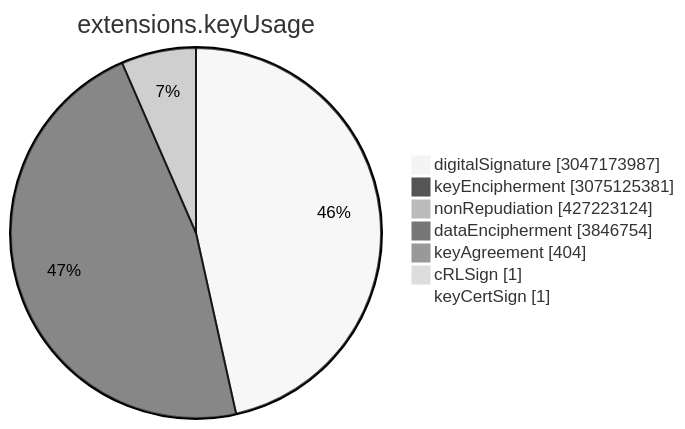
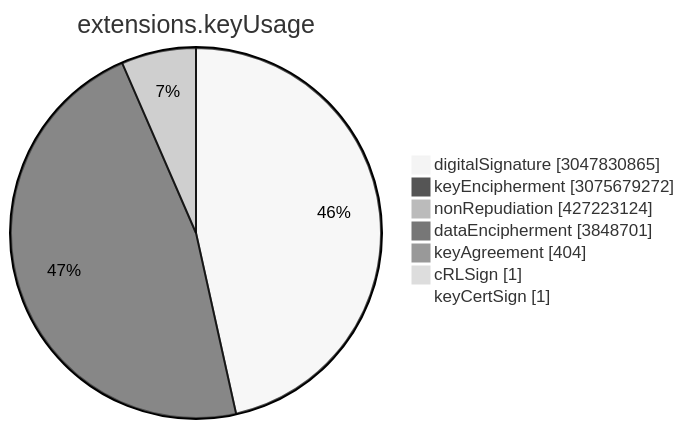
One commit to christiankrug/ctmonitor_visualization changed the sixth of 15 diagrams in TOTAL/README.md. Above: the diagram before and after it, drawn with Mermaid (neutral theme). The commit also changed other lines of this file, not shown here.

````diff
--- a/TOTAL/README.md
+++ b/TOTAL/README.md
@@ -3077,11 +3077,11 @@
 ```mermaid
 pie showData
 title extensions.keyUsage
-"digitalSignature" :3047173987
-"keyEncipherment" :3075125381
+"digitalSignature" :3047830865
+"keyEncipherment" :3075679272
 "nonRepudiation" :427223124
-"dataEncipherment" :3846754
+"dataEncipherment" :3848701
 "keyAgreement" :404
 "cRLSign" :1
 "keyCertSign" :1
 ```
````
